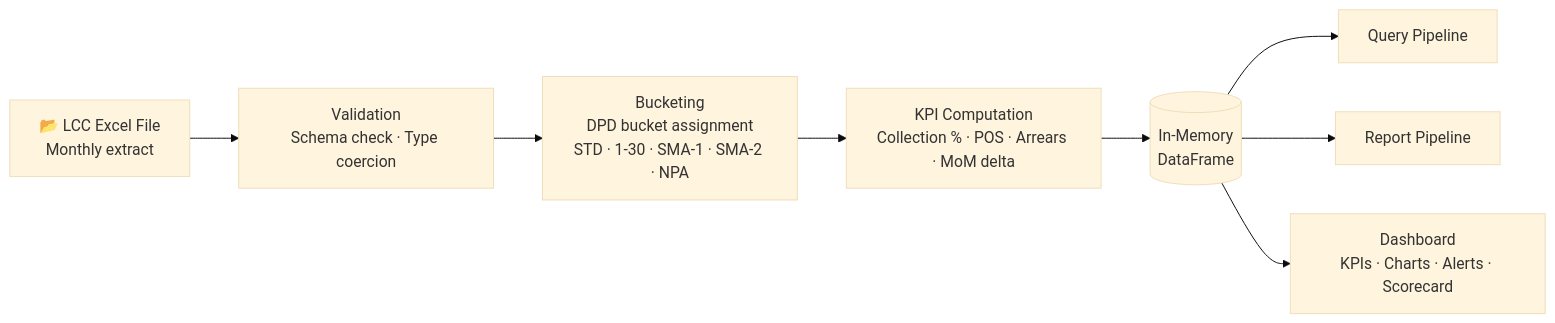
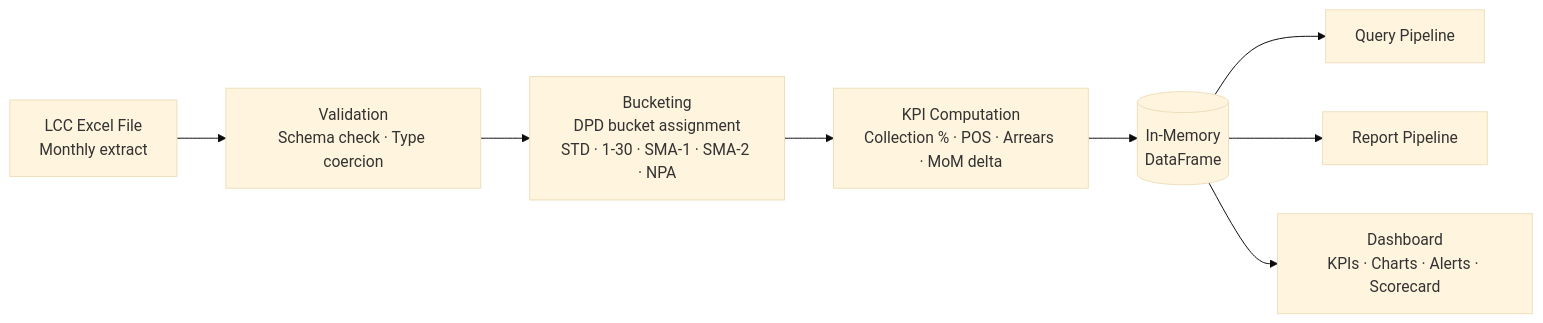
The third of 3 diagrams in README.md (Sanjay-00/CollectionIQ), drawn with Mermaid (base theme) before and after one commit. The commit also changed other lines of this file and 7 other files, not shown here.

````diff
--- a/README.md
+++ b/README.md
@@ -152,10 +152,10 @@
 ```mermaid
 flowchart LR
-    XL["📂 LCC Excel File\nMonthly extract"] --> VAL["Validation\nSchema check · Type coercion"]
+    XL["LCC Excel File\nMonthly extract"] --> VAL["Validation\nSchema check · Type coercion"]
     VAL --> BK["Bucketing\nDPD bucket assignment\nSTD · 1-30 · SMA-1 · SMA-2 · NPA"]
     BK --> KPI["KPI Computation\nCollection % · POS · Arrears · MoM delta"]
     KPI --> DF[("In-Memory\nDataFrame")]
     DF --> QP2["Query Pipeline"]
     DF --> RP2["Report Pipeline"]
     DF --> DB["Dashboard\nKPIs · Charts · Alerts · Scorecard"]
 ```
````
